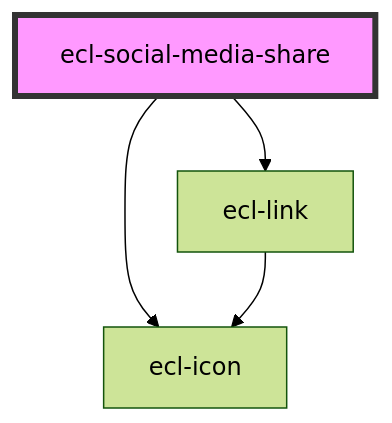
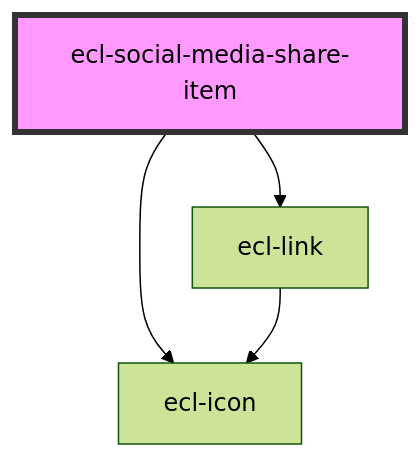
Before and after one commit to ec-europa/ecl-webcomponents: the diagram in src/components/ecl-social-media-share/readme.md, drawn with Mermaid (forest theme). The commit also changed other lines of this file and 15 other files, not shown here.

Commit message:
chore(webcomponents): Using popover in social media share

````diff
--- a/src/components/ecl-social-media-share/readme.md
+++ b/src/components/ecl-social-media-share/readme.md
@@ -28,7 +26,7 @@
 ```mermaid
 graph TD;
-  ecl-social-media-share --> ecl-link
-  ecl-social-media-share --> ecl-icon
+  ecl-social-media-share-item --> ecl-link
+  ecl-social-media-share-item --> ecl-icon
   ecl-link --> ecl-icon
-  style ecl-social-media-share fill:#f9f,stroke:#333,stroke-width:4px
+  style ecl-social-media-share-item fill:#f9f,stroke:#333,stroke-width:4px
 ```
````
